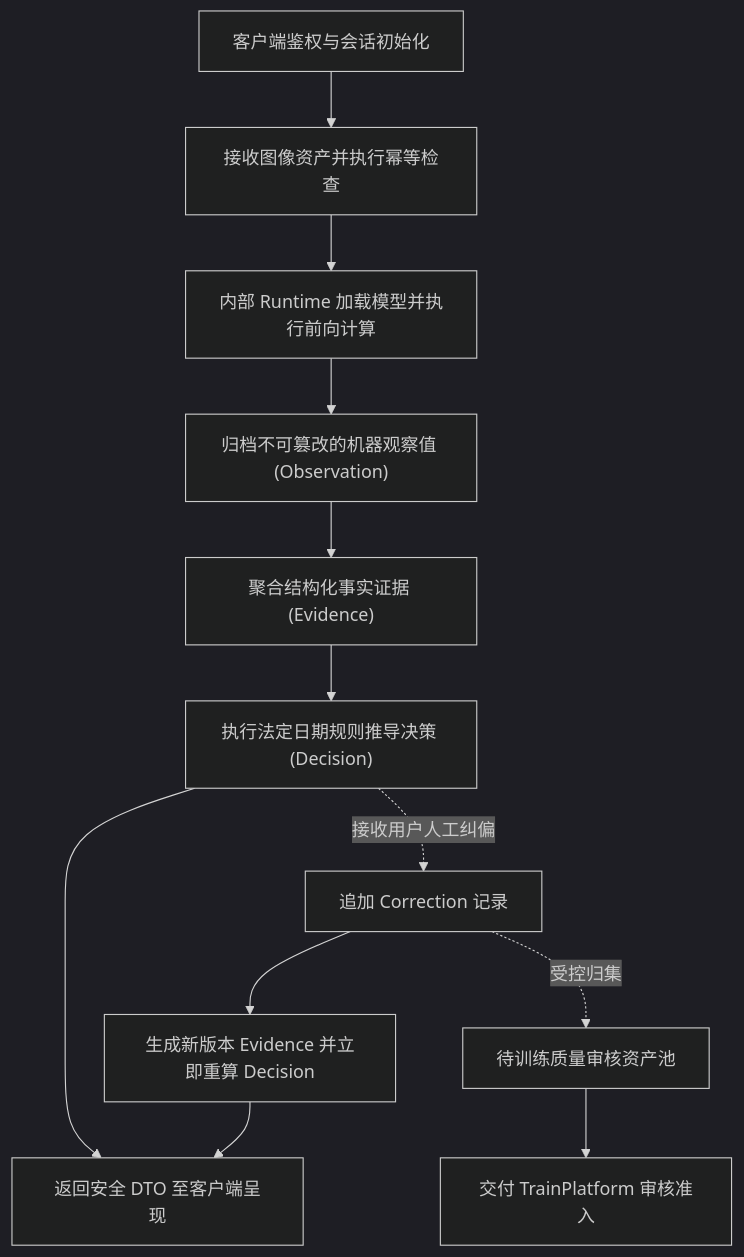
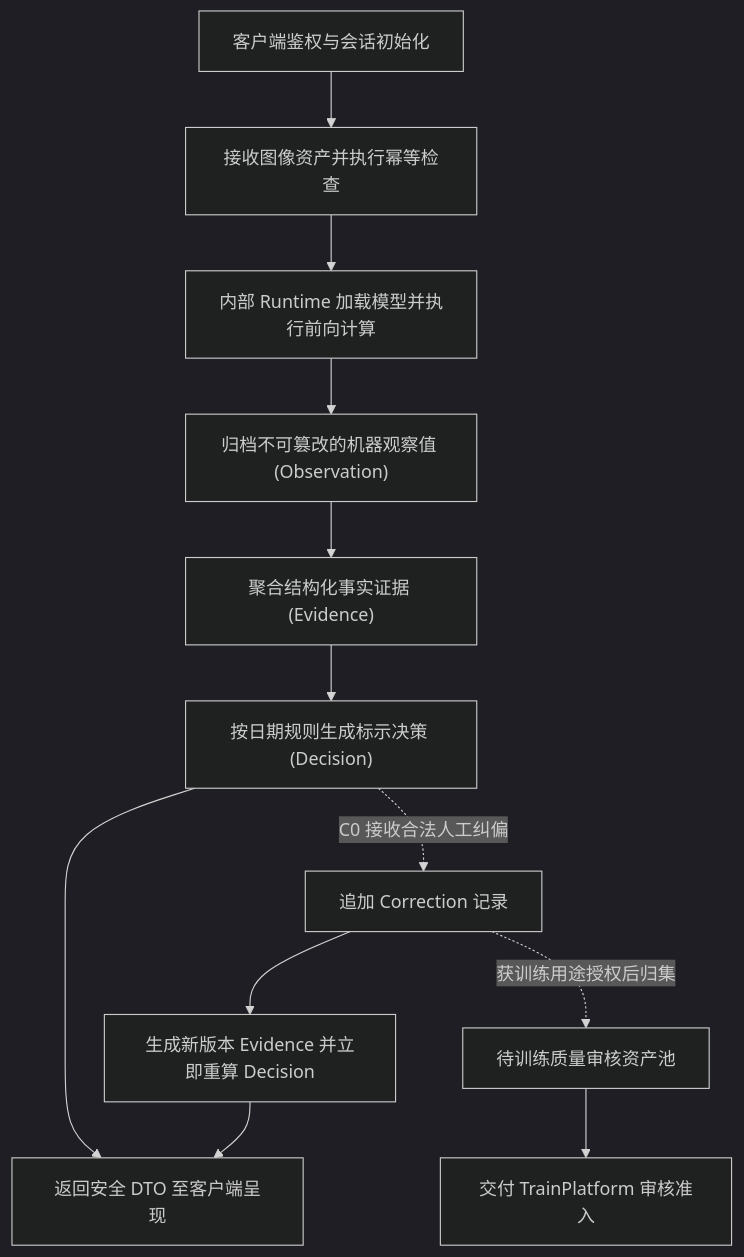
The first of 2 diagrams in README.md (QingMouFoodDate/InferPlatform), drawn with Mermaid (dark theme) before and after one commit. The commit also changed other lines of this file, not shown here.

Commit message:
📃 docs: 补充单图接口与证据来源约定

````diff
--- a/README.md
+++ b/README.md
@@ -67,14 +69,14 @@
 ```mermaid
 flowchart TD
     A["客户端鉴权与会话初始化"] --> B["接收图像资产并执行幂等检查"]
     B --> C["内部 Runtime 加载模型并执行前向计算"]
     C --> D["归档不可篡改的机器观察值 (Observation)"]
     D --> E["聚合结构化事实证据 (Evidence)"]
-    E --> F["执行法定日期规则推导决策 (Decision)"]
+    E --> F["按日期规则生成标示决策 (Decision)"]
     F --> G["返回安全 DTO 至客户端呈现"]
-    F -.接收用户人工纠偏.-> H["追加 Correction 记录"]
+    F -.C0 接收合法人工纠偏.-> H["追加 Correction 记录"]
     H --> I["生成新版本 Evidence 并立即重算 Decision"]
     I --> G
-    H -.受控归集.-> J["待训练质量审核资产池"]
+    H -.获训练用途授权后归集.-> J["待训练质量审核资产池"]
     J --> K["交付 TrainPlatform 审核准入"]
 ```
````
